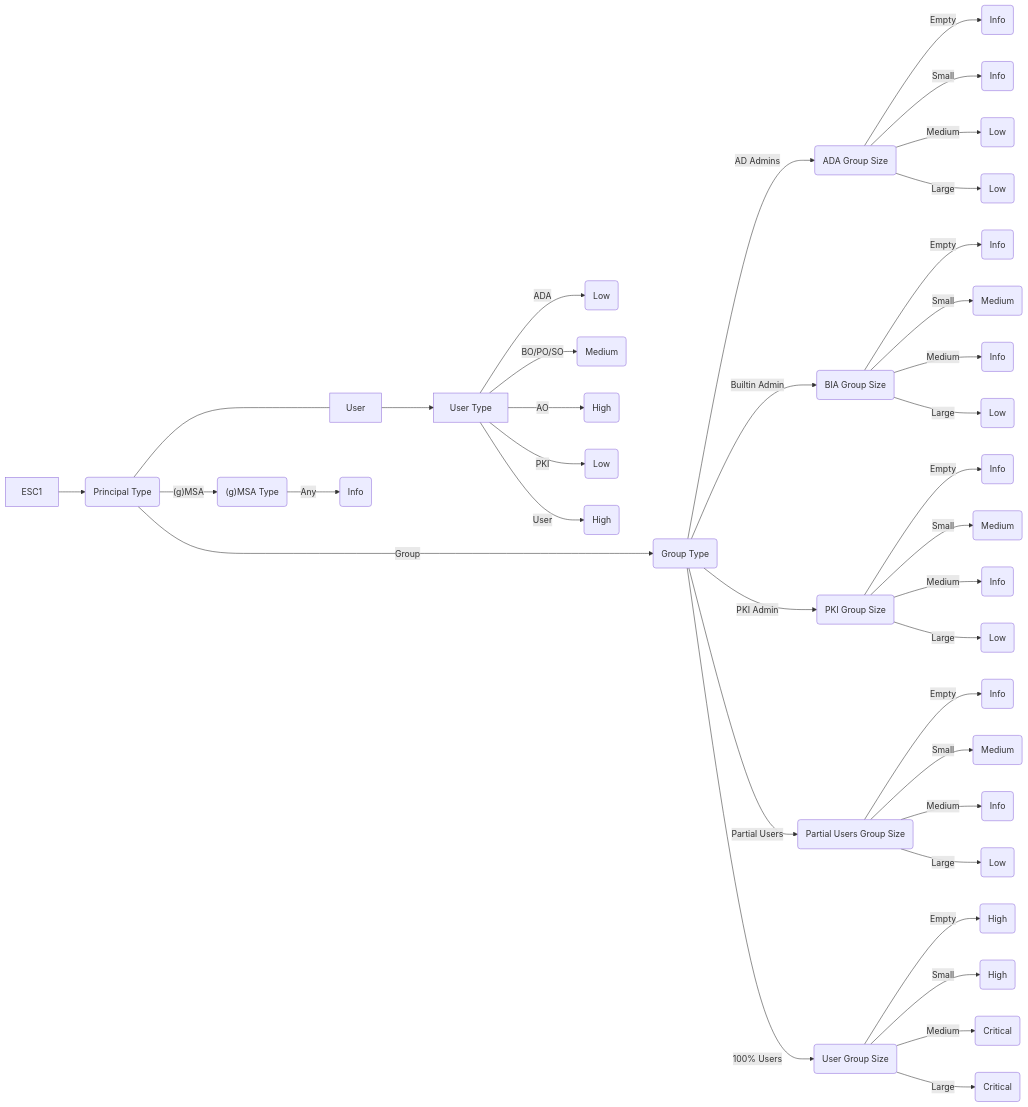
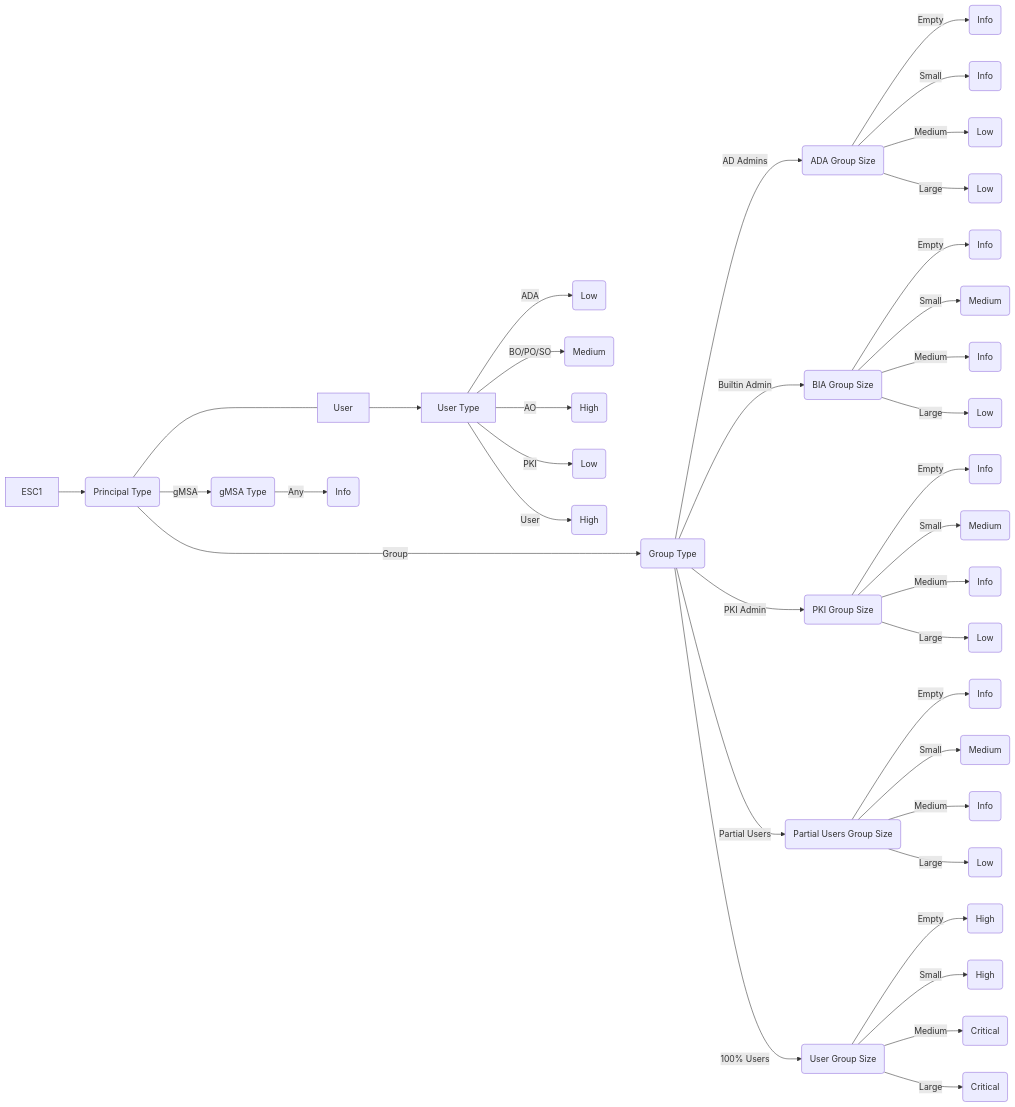
The diagram in Graphics/ESC1.md (TrimarcJake/Locksmith), drawn with Mermaid before and after one commit.

````diff
--- a/Graphics/ESC1.md
+++ b/Graphics/ESC1.md
@@ -1,38 +1,38 @@
 ```mermaid
 flowchart LR
     ESC1 --> PrincipalType(Principal Type);
         PrincipalType ---- User --> UserType["User Type"];
             UserType -- ADA --> ADAUPriority(Low);
             UserType -- BO/PO/SO --> BIAUPriority(Medium);
             UserType -- AO --> AOUPriority(High);
             UserType -- PKI --> PKIAUPriority(Low);
             UserType -- User --> UserPriority(High);
     PrincipalType ------>|Group| GroupType("Group Type");
             GroupType -- AD Admins --> ADASize(ADA Group Size);
                 ADASize -- Empty --> ADAEGPriority(Info);
                 ADASize -- Small --> ADASGPriority(Info);
                 ADASize -- Medium --> ADAMGPriority(Low);
                 ADASize -- Large --> ADALGPriority(Low);
             GroupType -- Builtin Admin --> BIASize(BIA Group Size);
                 BIASize -- Empty --> BIAEGPriority(Info);
                 BIASize -- Small --> BIASGPriority(Medium);
                 BIASize -- Medium --> BIAMGPriority(Info);
                 BIASize -- Large --> BIALGPriority(Low);
             GroupType -- PKI Admin --> PKIASize(PKI Group Size);
                 PKIASize -- Empty --> PKIAEGPriority(Info);
                 PKIASize -- Small --> PKIASGPriority(Medium);
                 PKIASize -- Medium --> PKIAMGPriority(Info);
                 PKIASize -- Large --> PKIALGPriority(Low);
             GroupType -- Partial Users --> SomeUsersSize(Partial Users Group Size);
                 SomeUsersSize -- Empty --> SomeUsersEGPriority(Info);
                 SomeUsersSize -- Small --> SomeUsersSGPriority(Medium);
                 SomeUsersSize -- Medium --> SomeUsersMGPriority(Info);
                 SomeUsersSize -- Large --> SomeUsersLGPriority(Low);
             GroupType -- 100% Users --> UsersSize(User Group Size);
                 UsersSize -- Empty --> UsersEGPriority(High);
                 UsersSize -- Small --> UsersSGPriority(High);
                 UsersSize -- Medium --> UsersMGPriority(Critical);
                 UsersSize -- Large --> UsersLGPriority(Critical);
-    PrincipalType -- (g)MSA --> gMSAType("(g)MSA Type");
+    PrincipalType -- gMSA --> gMSAType(gMSA Type);
             gMSAType -- Any --> gMSAPriority(Info);
 ```
````
